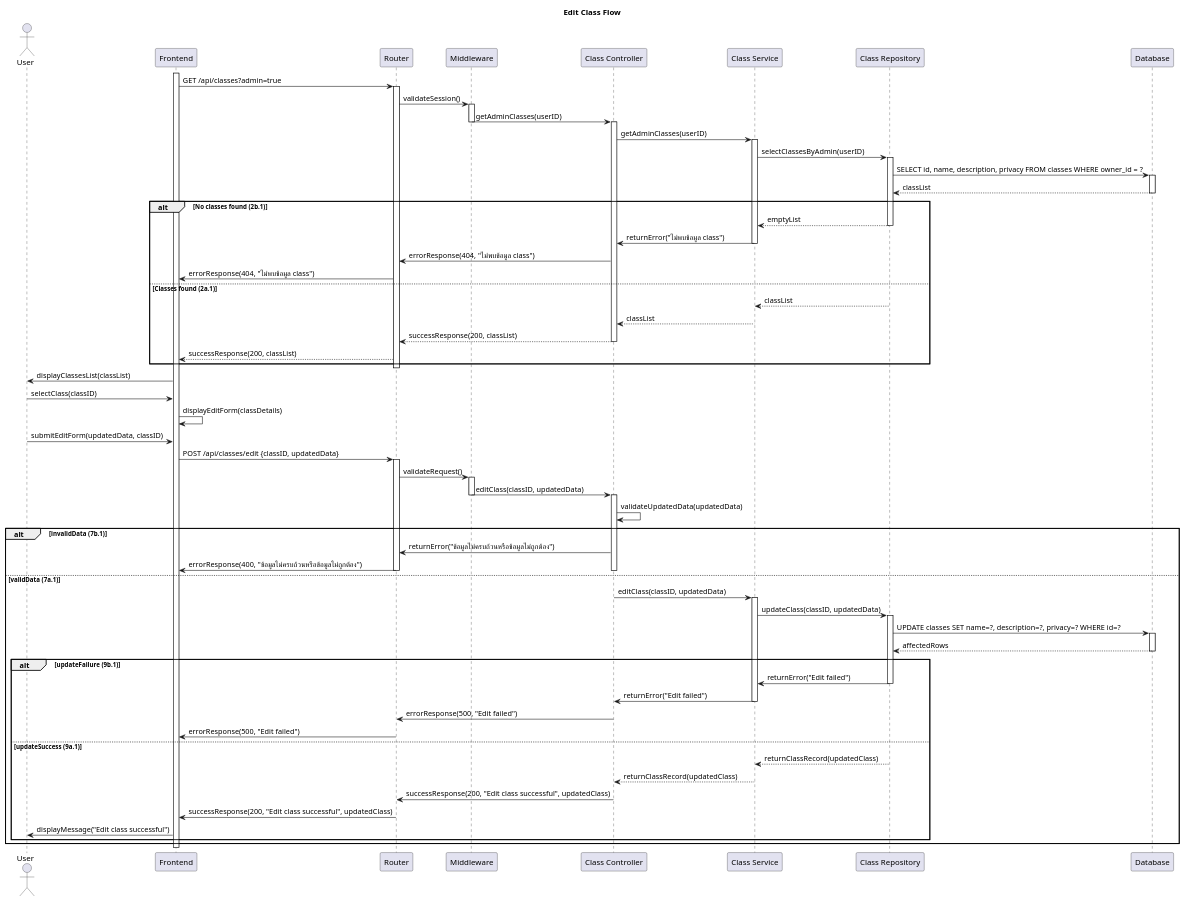
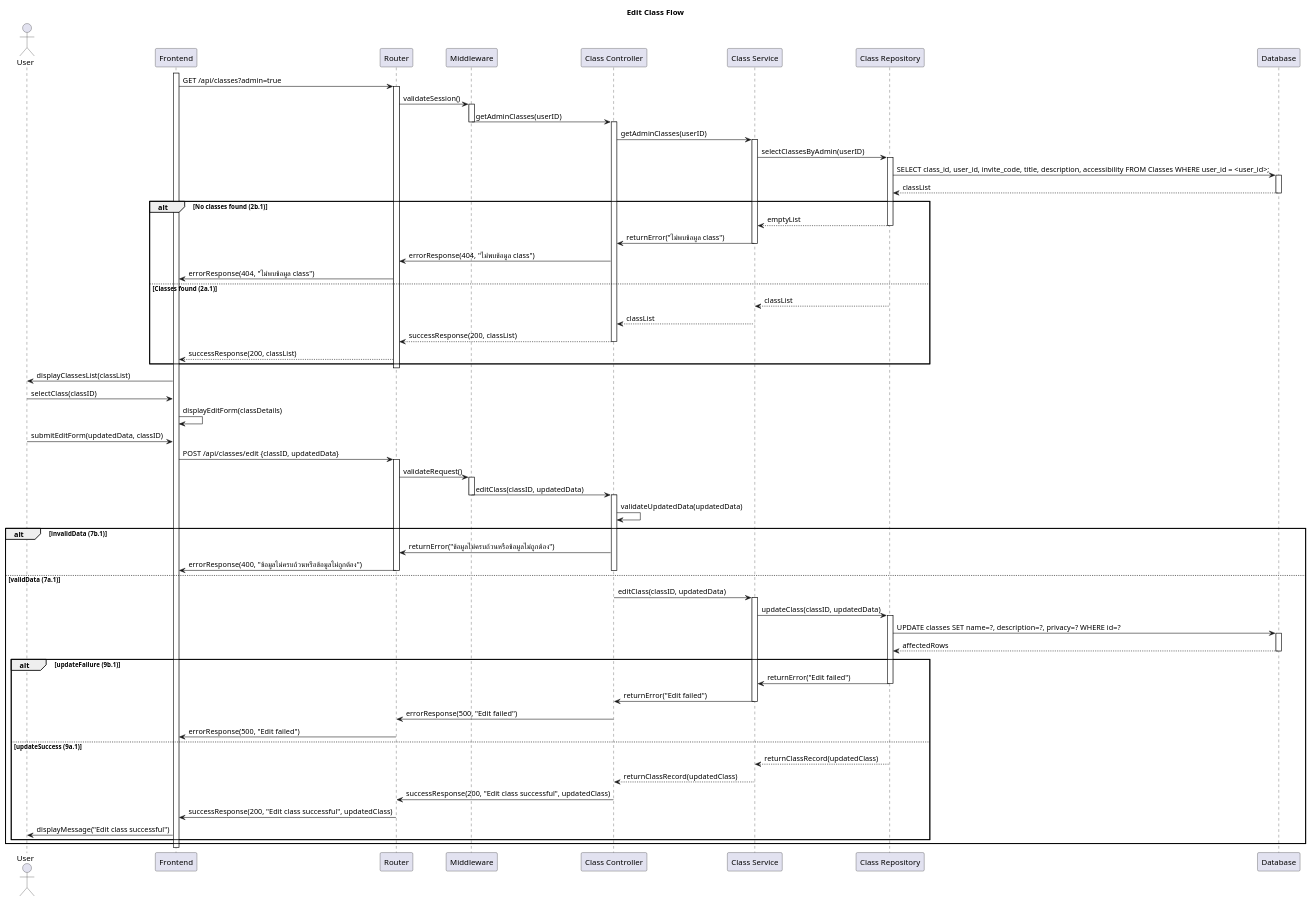
The diagram in SD-Edit-Class.puml (CS371-Project-Management/CS371-Sequence-Diagram), drawn with PlantUML before and after one commit. The commit also changed 10 other files, not shown here.

```diff
--- a/SD-Edit-Class.puml
+++ b/SD-Edit-Class.puml
@@ -1,101 +1,101 @@
 @startuml
 title Edit Class Flow
 
 actor User
 participant "Frontend" as FE
 participant "Router" as Router
 participant "Middleware" as MW
 participant "Class Controller" as Controller
 participant "Class Service" as Service
 participant "Class Repository" as Repository
 participant "Database" as DB
 
 'Retrieve Admin Classes'
 activate FE
 FE -> Router: GET /api/classes?admin=true
 activate Router
 Router -> MW: validateSession()
 activate MW
 MW -> Controller: getAdminClasses(userID)
 deactivate MW
 activate Controller
 Controller -> Service: getAdminClasses(userID)
 activate Service
 Service -> Repository: selectClassesByAdmin(userID)
 activate Repository
-Repository -> DB: SELECT id, name, description, privacy FROM classes WHERE owner_id = ?
+Repository -> DB: SELECT class_id, user_id, invite_code, title, description, accessibility FROM Classes WHERE user_id = <user_id>;
 activate DB
 DB --> Repository: classList
 deactivate DB
 alt No classes found (2b.1)
     Repository --> Service: emptyList
     deactivate Repository
     Service -> Controller: returnError("ไม่พบข้อมูล class")
     deactivate Service
     Controller -> Router: errorResponse(404, "ไม่พบข้อมูล class")
     Router -> FE: errorResponse(404, "ไม่พบข้อมูล class")
 else Classes found (2a.1)
     Repository --> Service: classList
     deactivate Repository
     Service --> Controller: classList
     deactivate Service
     Controller --> Router: successResponse(200, classList)
     deactivate Controller
     Router --> FE: successResponse(200, classList)
 end
 deactivate Router
 FE -> User: displayClassesList(classList)
 
 'Edit Class'
 User -> FE: selectClass(classID)
 FE -> FE: displayEditForm(classDetails)
 
 User -> FE: submitEditForm(updatedData, classID)
 FE -> Router: POST /api/classes/edit {classID, updatedData}
 activate Router
 Router -> MW: validateRequest()
 activate MW
 MW -> Controller: editClass(classID, updatedData)
 deactivate MW
 activate Controller
 Controller -> Controller: validateUpdatedData(updatedData)
 alt invalidData (7b.1)
     Controller -> Router: returnError("ข้อมูลไม่ครบถ้วนหรือข้อมูลไม่ถูกต้อง")
     Router -> FE: errorResponse(400, "ข้อมูลไม่ครบถ้วนหรือข้อมูลไม่ถูกต้อง")
     deactivate Controller
     deactivate Router
 else validData (7a.1)
     Controller -> Service: editClass(classID, updatedData)
     activate Service
     Service -> Repository: updateClass(classID, updatedData)
     activate Repository
     Repository -> DB: UPDATE classes SET name=?, description=?, privacy=? WHERE id=?
     activate DB
     DB --> Repository: affectedRows
     deactivate DB
     alt updateFailure (9b.1)
         Repository -> Service: returnError("Edit failed")
         deactivate Repository
         Service -> Controller: returnError("Edit failed")
         deactivate Service
         Controller -> Router: errorResponse(500, "Edit failed")
         Router -> FE: errorResponse(500, "Edit failed")
         deactivate Controller
         deactivate MW
         deactivate Router
     else updateSuccess (9a.1)
         Repository --> Service: returnClassRecord(updatedClass)
         deactivate Repository
         Service --> Controller: returnClassRecord(updatedClass)
         deactivate Service
         Controller -> Router: successResponse(200, "Edit class successful", updatedClass)
         Router -> FE: successResponse(200, "Edit class successful", updatedClass)
         FE -> User: displayMessage("Edit class successful")
         deactivate Controller
         deactivate MW
         deactivate Router
     end
 end
 deactivate FE
 
 @enduml
```
